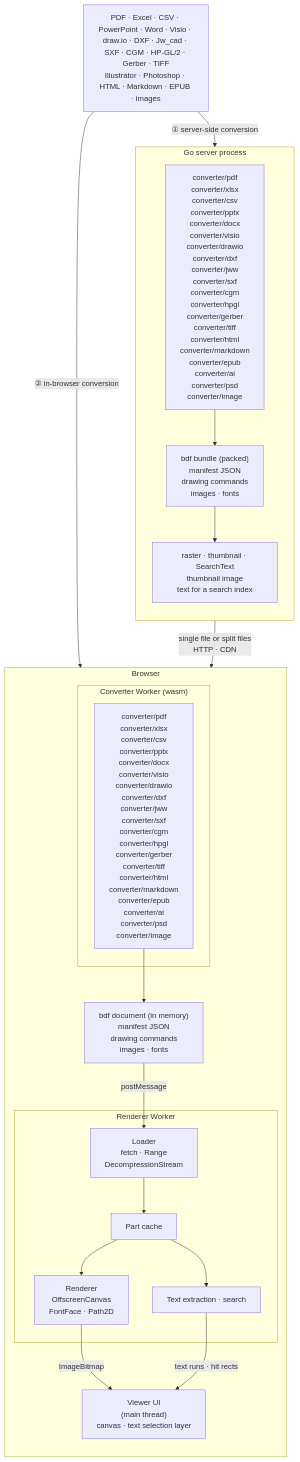
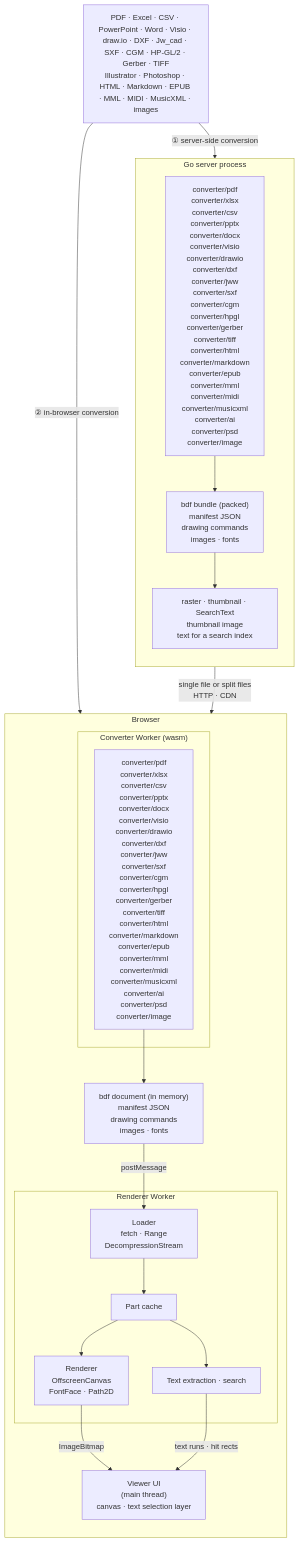
The diagram in README.md (shibukawa/bdf), drawn with Mermaid before and after one commit. The commit also changed other lines of this file and 97 other files, not shown here.

First line of the commit message:
Scores from MML, MIDI and MusicXML, engraved in staff notation and played in the viewer

````diff
--- a/README.md
+++ b/README.md
@@ -20,39 +20,39 @@
 ```mermaid
 flowchart TB
-    SRC["PDF · Excel · CSV · PowerPoint · Word · Visio · draw.io · DXF · Jw_cad · SXF · CGM · HP-GL/2 · Gerber · TIFF<br/>Illustrator · Photoshop · HTML · Markdown · EPUB · images"]
+    SRC["PDF · Excel · CSV · PowerPoint · Word · Visio · draw.io · DXF · Jw_cad · SXF · CGM · HP-GL/2 · Gerber · TIFF<br/>Illustrator · Photoshop · HTML · Markdown · EPUB · MML · MIDI · MusicXML · images"]
 
     subgraph SERVER["Go server process"]
         direction TB
-        SCONV["converter/pdf<br/>converter/xlsx<br/>converter/csv<br/>converter/pptx<br/>converter/docx<br/>converter/visio<br/>converter/drawio<br/>converter/dxf<br/>converter/jww<br/>converter/sxf<br/>converter/cgm<br/>converter/hpgl<br/>converter/gerber<br/>converter/tiff<br/>converter/html<br/>converter/markdown<br/>converter/epub<br/>converter/ai<br/>converter/psd<br/>converter/image"]
+        SCONV["converter/pdf<br/>converter/xlsx<br/>converter/csv<br/>converter/pptx<br/>converter/docx<br/>converter/visio<br/>converter/drawio<br/>converter/dxf<br/>converter/jww<br/>converter/sxf<br/>converter/cgm<br/>converter/hpgl<br/>converter/gerber<br/>converter/tiff<br/>converter/html<br/>converter/markdown<br/>converter/epub<br/>converter/mml<br/>converter/midi<br/>converter/musicxml<br/>converter/ai<br/>converter/psd<br/>converter/image"]
         BUNDLE["bdf bundle (packed)<br/>manifest JSON<br/>drawing commands<br/>images · fonts"]
         PREVIEW["raster · thumbnail · SearchText<br/>thumbnail image<br/>text for a search index"]
         SCONV --> BUNDLE
         BUNDLE --> PREVIEW
     end
 
     subgraph BROWSER["Browser"]
         direction TB
         subgraph CWORKER["Converter Worker (wasm)"]
-            WCONV["converter/pdf<br/>converter/xlsx<br/>converter/csv<br/>converter/pptx<br/>converter/docx<br/>converter/visio<br/>converter/drawio<br/>converter/dxf<br/>converter/jww<br/>converter/sxf<br/>converter/cgm<br/>converter/hpgl<br/>converter/gerber<br/>converter/tiff<br/>converter/html<br/>converter/markdown<br/>converter/epub<br/>converter/ai<br/>converter/psd<br/>converter/image"]
+            WCONV["converter/pdf<br/>converter/xlsx<br/>converter/csv<br/>converter/pptx<br/>converter/docx<br/>converter/visio<br/>converter/drawio<br/>converter/dxf<br/>converter/jww<br/>converter/sxf<br/>converter/cgm<br/>converter/hpgl<br/>converter/gerber<br/>converter/tiff<br/>converter/html<br/>converter/markdown<br/>converter/epub<br/>converter/mml<br/>converter/midi<br/>converter/musicxml<br/>converter/ai<br/>converter/psd<br/>converter/image"]
         end
         PARTS["bdf document (in memory)<br/>manifest JSON<br/>drawing commands<br/>images · fonts"]
         subgraph RWORKER["Renderer Worker"]
             LOADER["Loader<br/>fetch · Range<br/>DecompressionStream"]
             STORE["Part cache"]
             RENDER["Renderer<br/>OffscreenCanvas<br/>FontFace · Path2D"]
             TEXT["Text extraction · search"]
             LOADER --> STORE
             STORE --> RENDER
             STORE --> TEXT
         end
         UI["Viewer UI<br/>(main thread)<br/>canvas · text selection layer"]
         WCONV --> PARTS
     end
 
     SRC -- "① server-side conversion" --> SCONV
     SRC -- "② in-browser conversion" --> WCONV
     BUNDLE -- "single file or split files<br/>HTTP · CDN" --> LOADER
     PARTS -- "postMessage" --> LOADER
     RENDER -- "ImageBitmap" --> UI
     TEXT -- "text runs · hit rects" --> UI
 ```
````
